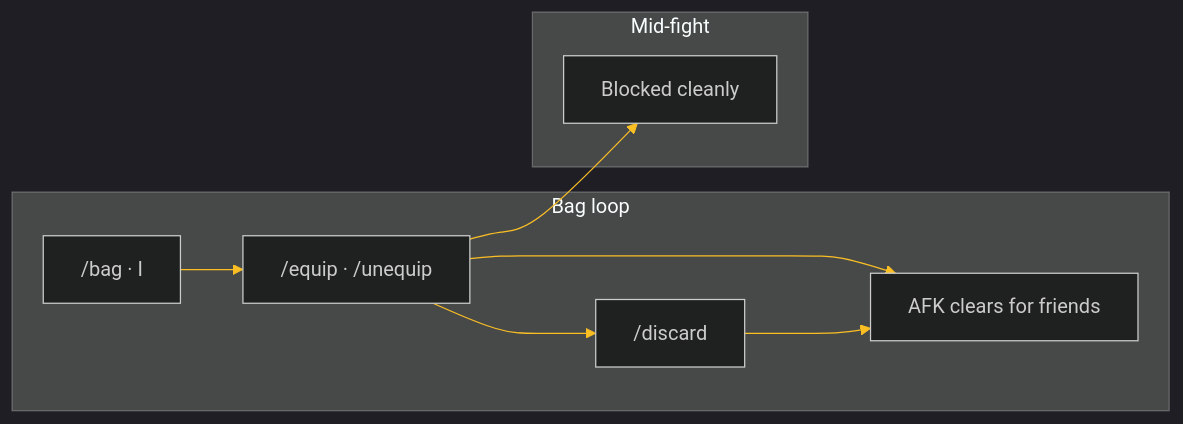
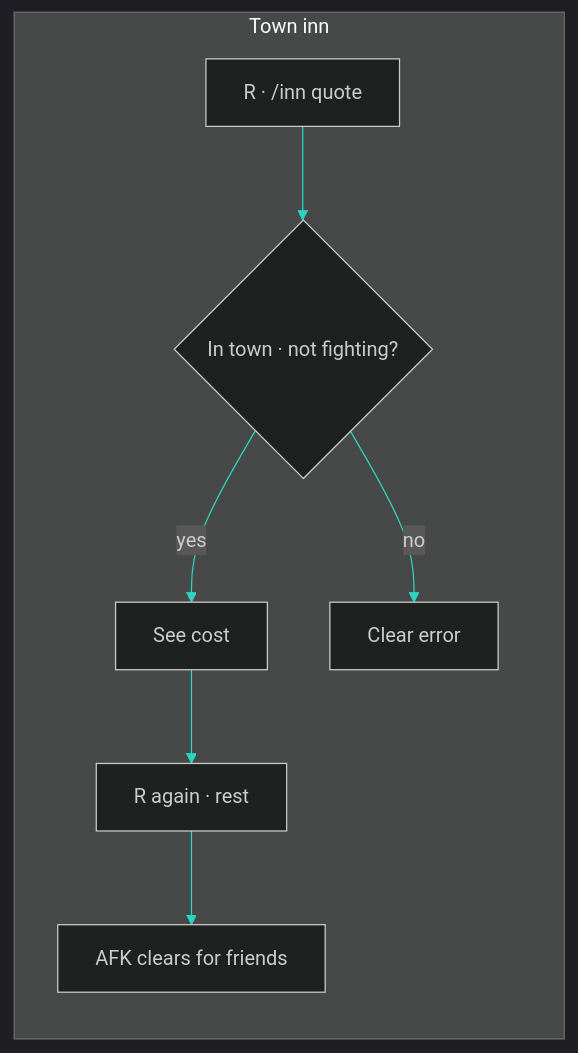
One commit to Im-Nova-Dev/dq1_mmo changed the second of 8 diagrams in README.md. Above: the diagram before and after it, drawn with Mermaid. The commit also changed other lines of this file and 9 other files, not shown here.

First line of the commit message:
Ship v0.5.148: town inn/rest handler extract with AFK clear.

````diff
--- a/README.md
+++ b/README.md
@@ -292,13 +292,11 @@
 ```mermaid
-%%{init: {'theme': 'dark', 'themeVariables': { 'primaryColor': '#78350f', 'primaryTextColor': '#fef3c7', 'lineColor': '#fbbf24', 'secondaryColor': '#1e3a8a', 'tertiaryColor': '#1e293b'}}}%%
+%%{init: {'theme': 'dark', 'themeVariables': { 'primaryColor': '#134e4a', 'primaryTextColor': '#ccfbf1', 'lineColor': '#2dd4bf', 'secondaryColor': '#1e3a8a', 'tertiaryColor': '#1e293b'}}}%%
 flowchart LR
-  subgraph bag ["Bag loop"]
-    B["/bag · I"] --> E["/equip · /unequip"]
-    E --> D["/discard"]
-    E --> A["AFK clears for friends"]
-    D --> A
-  end
-  subgraph fight ["Mid-fight"]
-    E --> X["Blocked cleanly"]
+  subgraph inn ["Town inn"]
+    Q["R · /inn quote"] --> C{"In town · not fighting?"}
+    C -->|yes| P["See cost"]
+    C -->|no| E["Clear error"]
+    P --> R["R again · rest"]
+    R --> A["AFK clears for friends"]
   end
 ```
````
